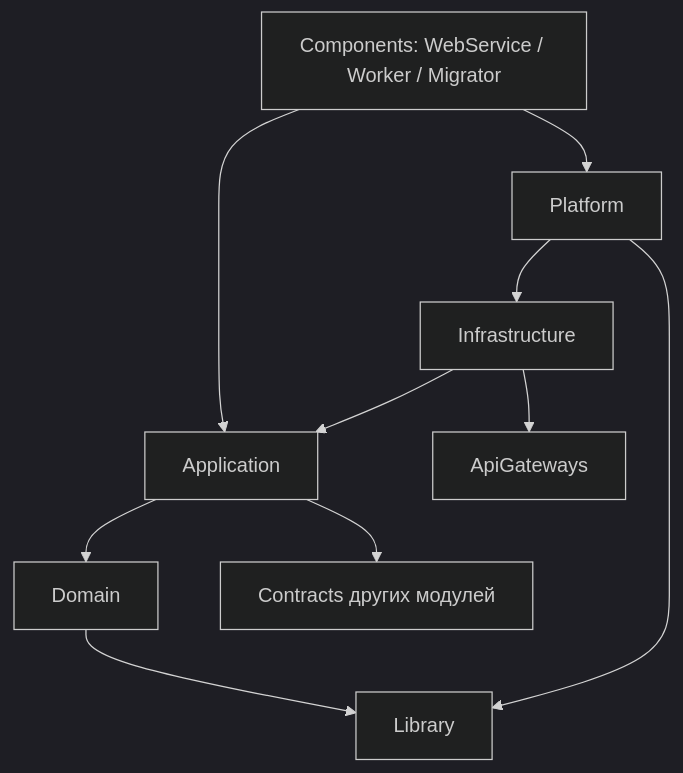
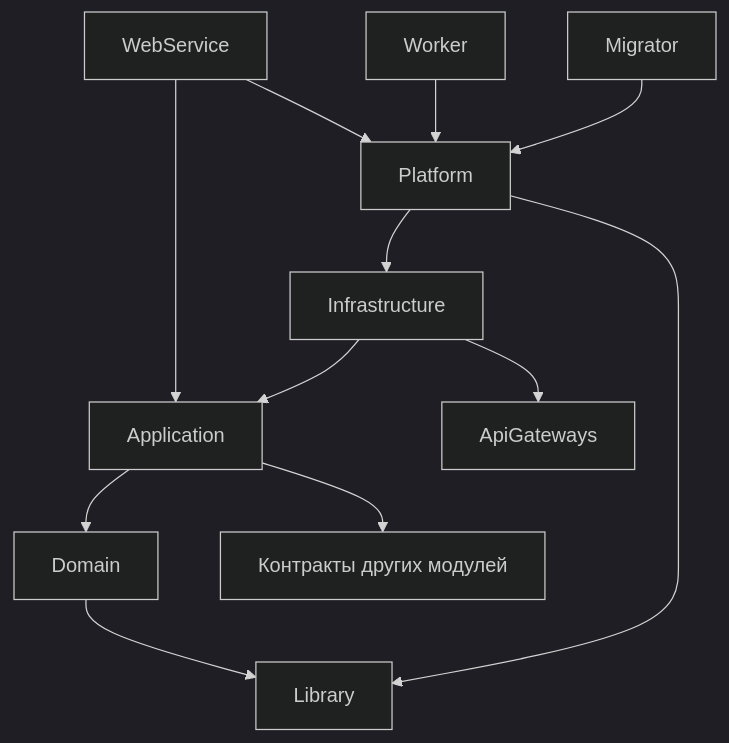
The diagram in docs/ADR/2026-10-14.2-backend-language-and-framework.md (alozhka/tourbooker), drawn with Mermaid (dark theme) before and after one commit. The commit also changed other lines of this file and 2 other files, not shown here.

Commit message:
docs: уменьшил количество модулей в модульном монолите

````diff
--- a/docs/ADR/2026-10-14.2-backend-language-and-framework.md
+++ b/docs/ADR/2026-10-14.2-backend-language-and-framework.md
@@ -73,12 +70,14 @@
 ```mermaid
 flowchart TD
-    WebService[Components: WebService / Worker / Migrator] --> Platform
+    WebService --> Platform
+    Worker --> Platform
+    Migrator --> Platform
     WebService --> Application
     Platform --> Infrastructure
     Infrastructure --> Application
     Infrastructure --> ApiGateways
     Application --> Domain
-    Application --> OtherContracts[Contracts других модулей]
+    Application --> OtherContracts[Контракты других модулей]
     Domain --> Library
     Platform --> Library
 ```
````
